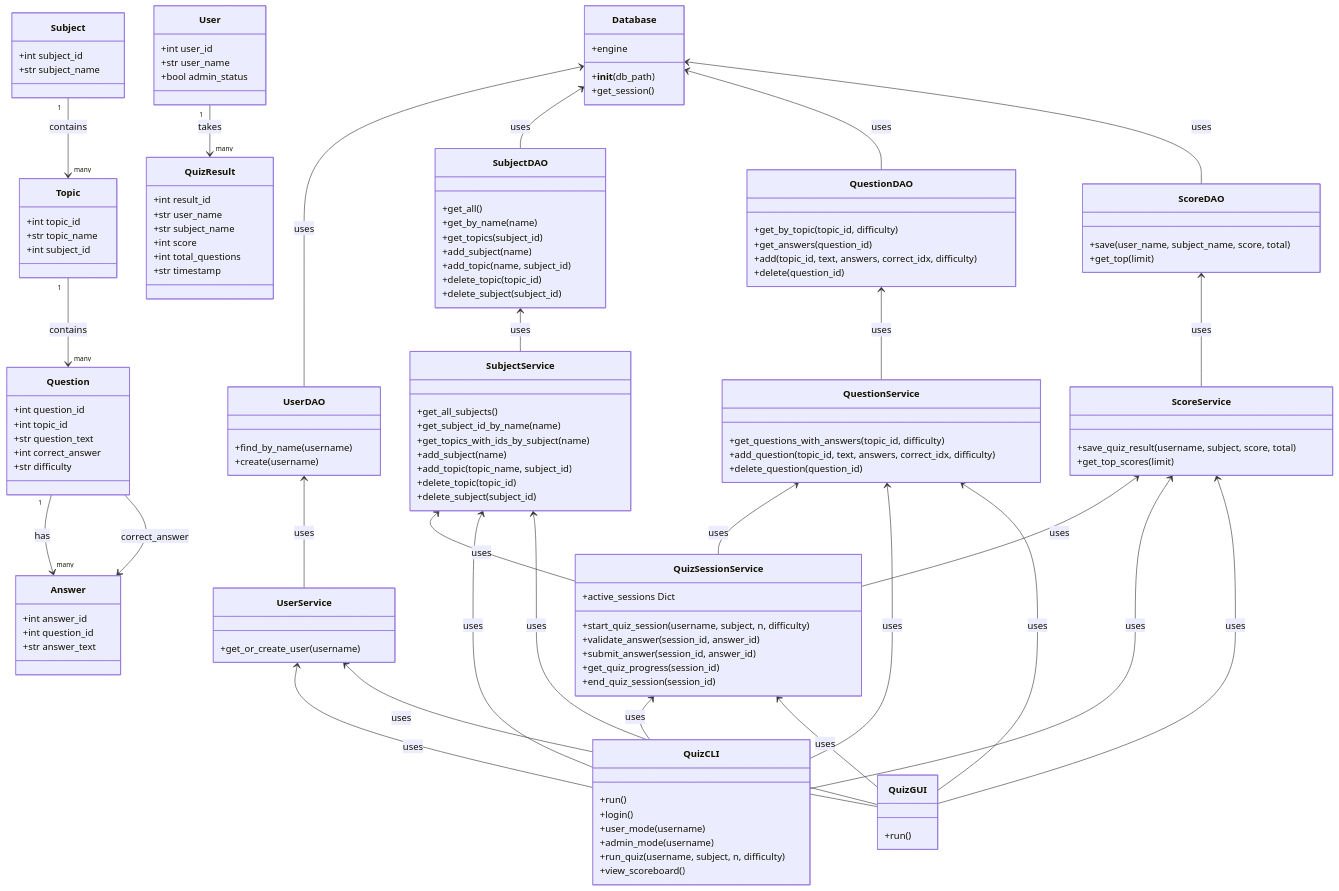
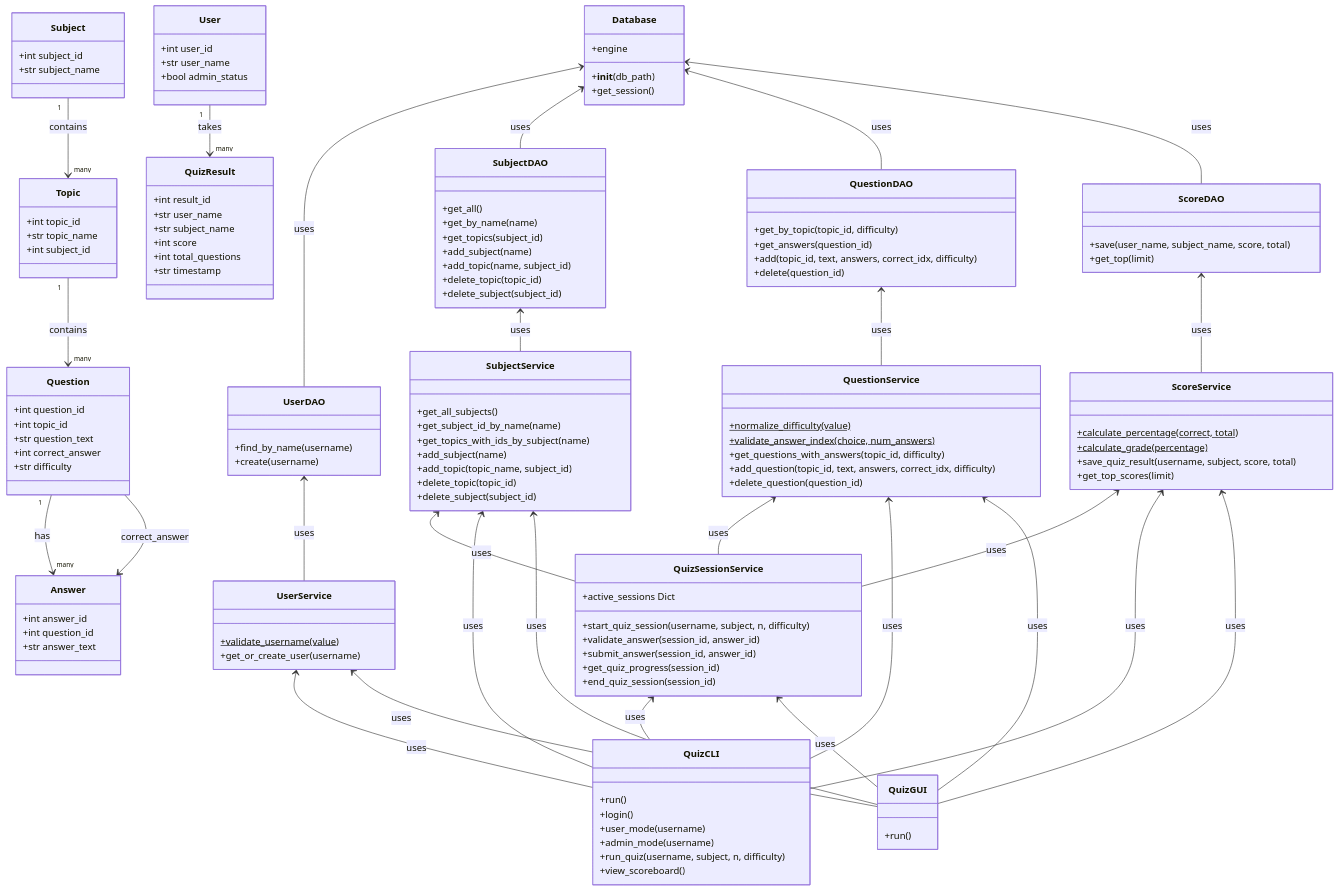
Before and after one commit to chdl91/Project_PF_adv: the second of 5 diagrams in docs/architecture-diagrams/DIAGRAMS.md, drawn with Mermaid. The commit also changed other lines of this file and 24 other files, not shown here.

````diff
--- a/docs/architecture-diagrams/DIAGRAMS.md
+++ b/docs/architecture-diagrams/DIAGRAMS.md
@@ -64,4 +67,7 @@
 ```mermaid
+---
+id: 943adb5a-deb6-4be8-9ac5-08ae6a977f3d
+---
 classDiagram
     %% ── Domain models ──────────────────────────────────────────
     class Subject {
@@ -142,6 +148,7 @@
 
     %% ── Service layer ───────────────────────────────────────────
     class UserService {
+        +validate_username(value)$
         +get_or_create_user(username)
     }
     class SubjectService {
@@ -154,11 +161,15 @@
         +delete_subject(subject_id)
     }
     class QuestionService {
+        +normalize_difficulty(value)$
+        +validate_answer_index(choice, num_answers)$
         +get_questions_with_answers(topic_id, difficulty)
         +add_question(topic_id, text, answers, correct_idx, difficulty)
         +delete_question(question_id)
     }
     class ScoreService {
+        +calculate_percentage(correct, total)$
+        +calculate_grade(percentage)$
         +save_quiz_result(username, subject, score, total)
         +get_top_scores(limit)
     }
````
